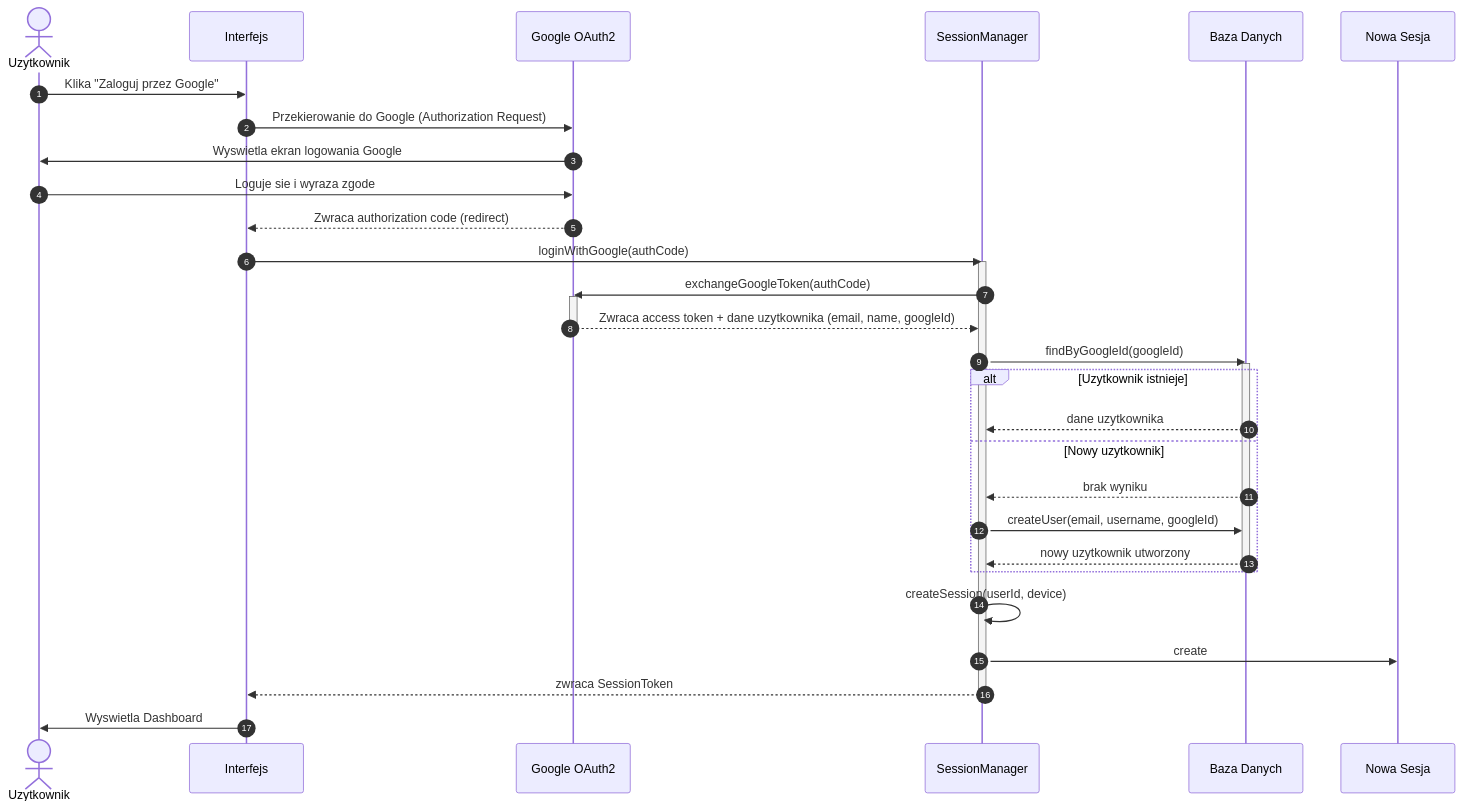
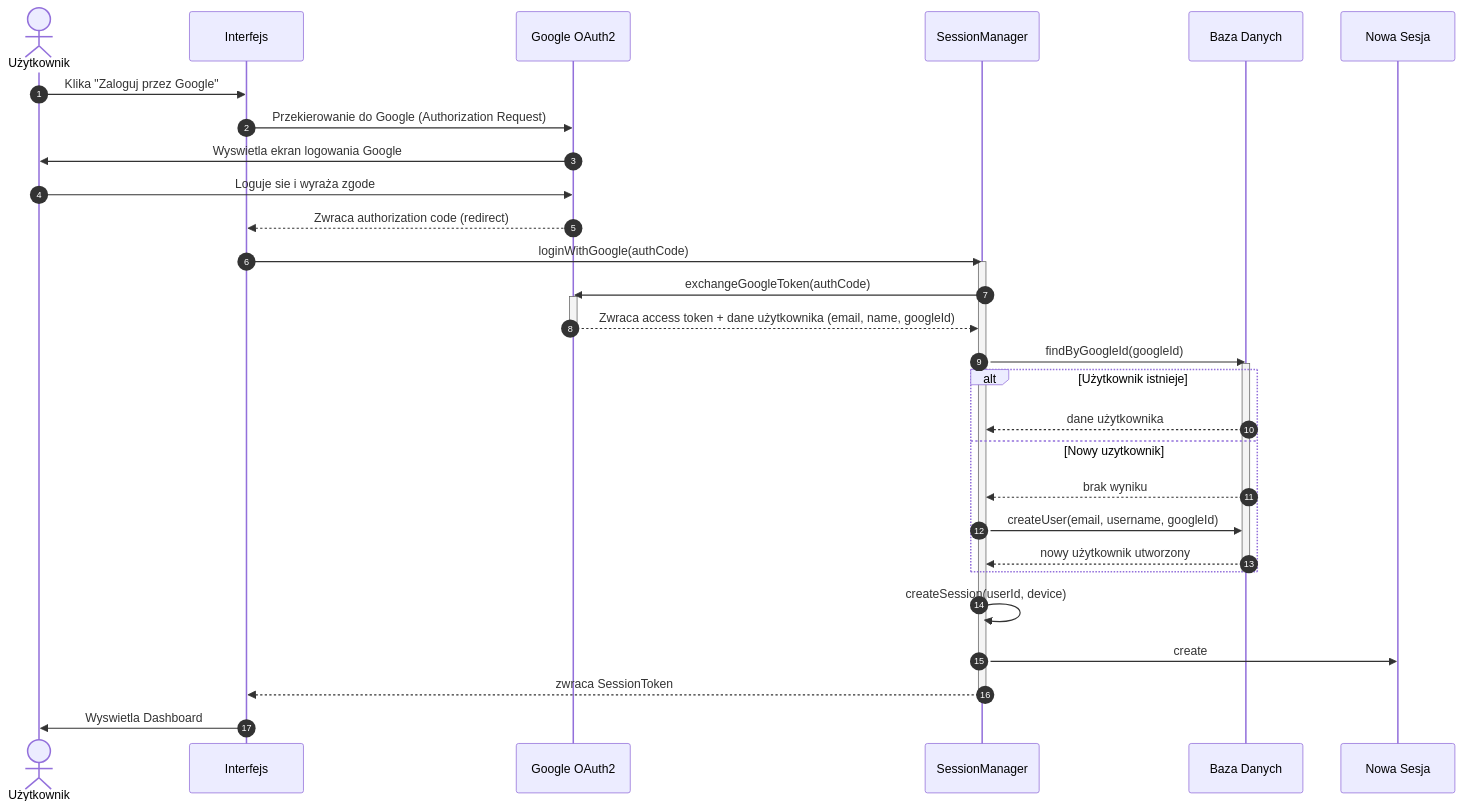
One commit to IO-2026-Pryncypalki/Grimoire_MTG changed the first of 7 diagrams in work_in_progress/diagramSekwencji.md. Above: the diagram before and after it, drawn with Mermaid. The commit also changed other lines of this file and 2 other files, not shown here.

Commit message:
dodano_polskie_znaki_w_diagramie_sekwencji

````diff
--- a/work_in_progress/diagramSekwencji.md
+++ b/work_in_progress/diagramSekwencji.md
@@ -5,42 +5,42 @@
 ```mermaid
 sequenceDiagram
     autonumber
-    actor U as Uzytkownik
+    actor U as Użytkownik
     participant UI as Interfejs
     participant G as Google OAuth2
     participant SM as SessionManager
     participant DB as Baza Danych
     participant S as Nowa Sesja
 
     U->>UI: Klika "Zaloguj przez Google"
     UI->>G: Przekierowanie do Google (Authorization Request)
     G->>U: Wyswietla ekran logowania Google
-    U->>G: Loguje sie i wyraza zgode
+    U->>G: Loguje sie i wyraża zgode
     G-->>UI: Zwraca authorization code (redirect)
 
     UI->>SM: loginWithGoogle(authCode)
     activate SM
 
     SM->>G: exchangeGoogleToken(authCode)
     activate G
-    G-->>SM: Zwraca access token + dane uzytkownika (email, name, googleId)
+    G-->>SM: Zwraca access token + dane użytkownika (email, name, googleId)
     deactivate G
 
     SM->>DB: findByGoogleId(googleId)
     activate DB
 
-    alt Uzytkownik istnieje
-        DB-->>SM: dane uzytkownika
+    alt Użytkownik istnieje
+        DB-->>SM: dane użytkownika
     else Nowy uzytkownik
         DB-->>SM: brak wyniku
         SM->>DB: createUser(email, username, googleId)
-        DB-->>SM: nowy uzytkownik utworzony
+        DB-->>SM: nowy użytkownik utworzony
     end
     deactivate DB
 
     SM->>SM: createSession(userId, device)
     SM->>S: create
     SM-->>UI: zwraca SessionToken
     deactivate SM
     UI->>U: Wyswietla Dashboard
 ```
````
